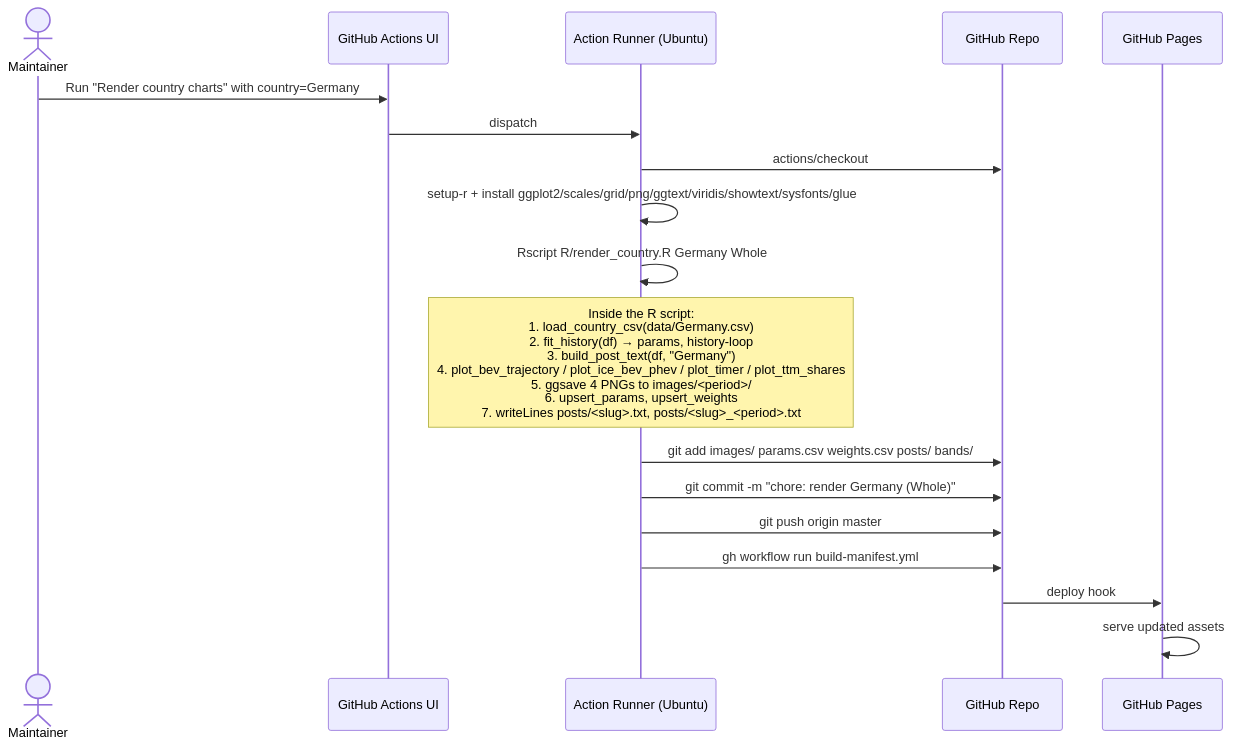
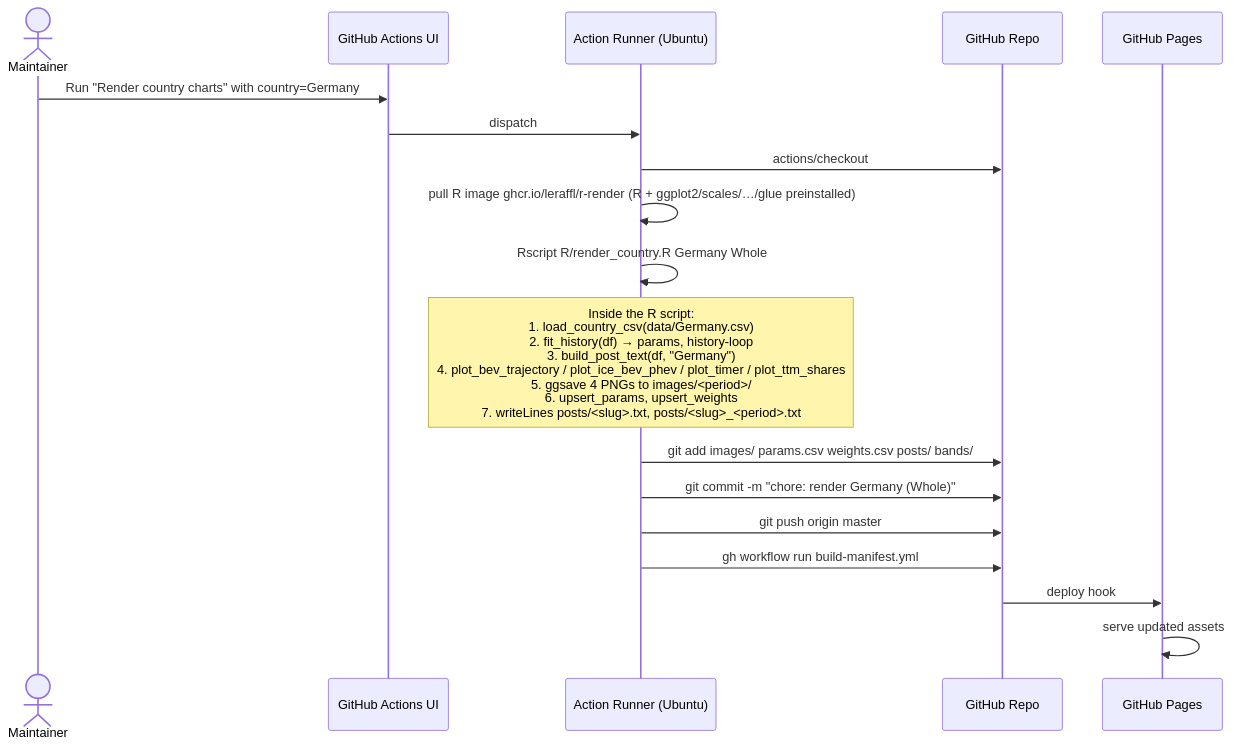
The second of 26 diagrams in docs/architecture/05-flows.md (LeRaffl/LeRaffl-Gallery), drawn with Mermaid before and after one commit. The commit also changed other lines of this file and 20 other files, not shown here.

First line of the commit message:
ci: run all R steps in a prebuilt GHCR image (ghcr.io/leraffl/r-render:v1)

````diff
--- a/docs/architecture/05-flows.md
+++ b/docs/architecture/05-flows.md
@@ -104,24 +104,24 @@
 ```mermaid
 sequenceDiagram
     actor Maintainer
     participant GHUI as GitHub Actions UI
     participant Runner as Action Runner (Ubuntu)
     participant Repo as GitHub Repo
     participant Pages as GitHub Pages
 
     Maintainer->>GHUI: Run "Render country charts" with country=Germany
     GHUI->>Runner: dispatch
     Runner->>Repo: actions/checkout
-    Runner->>Runner: setup-r + install ggplot2/scales/grid/png/ggtext/viridis/showtext/sysfonts/glue
+    Runner->>Runner: pull R image ghcr.io/leraffl/r-render (R + ggplot2/scales/…/glue preinstalled)
     Runner->>Runner: Rscript R/render_country.R Germany Whole
 
     Note over Runner: Inside the R script:<br/>1. load_country_csv(data/Germany.csv)<br/>2. fit_history(df) → params, history-loop<br/>3. build_post_text(df, "Germany")<br/>4. plot_bev_trajectory / plot_ice_bev_phev / plot_timer / plot_ttm_shares<br/>5. ggsave 4 PNGs to images/<period>/<br/>6. upsert_params, upsert_weights<br/>7. writeLines posts/<slug>.txt, posts/<slug>_<period>.txt
 
     Runner->>Repo: git add images/ params.csv weights.csv posts/ bands/
     Runner->>Repo: git commit -m "chore: render Germany (Whole)"
     Runner->>Repo: git push origin master
     Runner->>Repo: gh workflow run build-manifest.yml
 
     Repo->>Pages: deploy hook
     Pages->>Pages: serve updated assets
 ```
````
